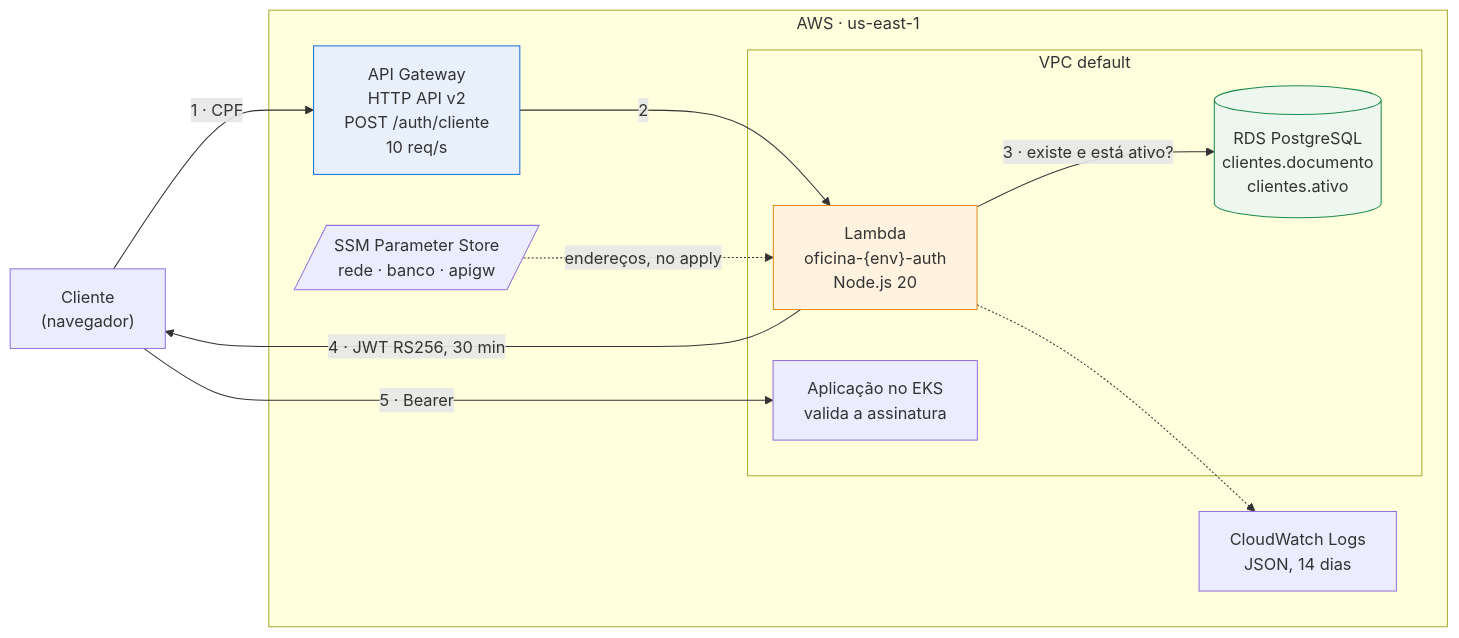
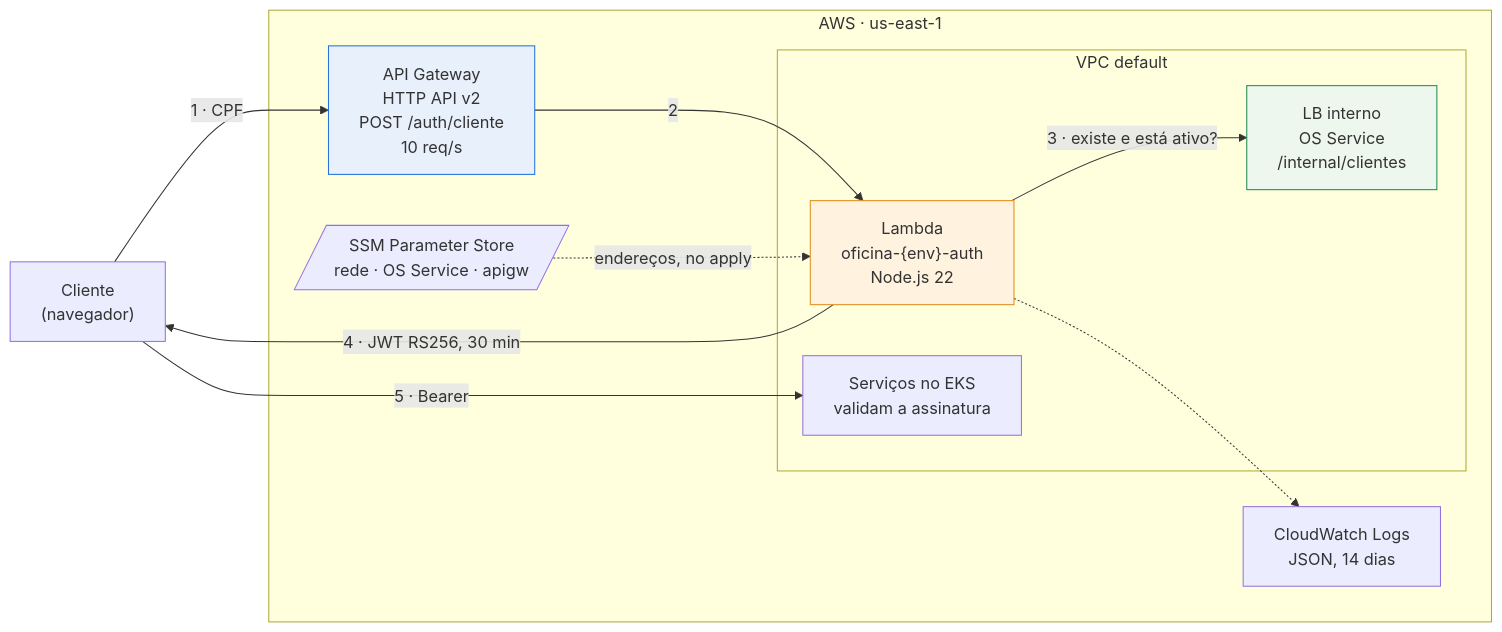
Before and after one commit to GustavoKikey/oficina-auth-lambda: the diagram in README.md, drawn with Mermaid. The commit also changed other lines of this file and 10 other files, not shown here.

First line of the commit message:
feat: Lambda consulta o cliente no OS Service, não no banco (fase 4)

````diff
--- a/README.md
+++ b/README.md
@@ -17,30 +19,30 @@
 ```mermaid
 flowchart LR
     cliente["Cliente<br/>(navegador)"]
 
     subgraph aws["AWS · us-east-1"]
         gw["API Gateway<br/>HTTP API v2<br/>POST /auth/cliente<br/>10 req/s"]
 
         subgraph vpc["VPC default"]
-            fn["Lambda<br/>oficina-{env}-auth<br/>Node.js 20"]
-            db[("RDS PostgreSQL<br/>clientes.documento<br/>clientes.ativo")]
-            app["Aplicação no EKS<br/>valida a assinatura"]
+            fn["Lambda<br/>oficina-{env}-auth<br/>Node.js 22"]
+            lbi["LB interno<br/>OS Service<br/>/internal/clientes"]
+            app["Serviços no EKS<br/>validam a assinatura"]
         end
 
-        ssm[/"SSM Parameter Store<br/>rede · banco · apigw"/]
+        ssm[/"SSM Parameter Store<br/>rede · OS Service · apigw"/]
         logs["CloudWatch Logs<br/>JSON, 14 dias"]
     end
 
     cliente -->|"1 · CPF"| gw
     gw -->|2| fn
-    fn -->|"3 · existe e está ativo?"| db
+    fn -->|"3 · existe e está ativo?"| lbi
     fn -->|"4 · JWT RS256, 30 min"| cliente
     cliente -->|"5 · Bearer"| app
 
     ssm -.->|"endereços, no apply"| fn
     fn -.-> logs
 
     style fn fill:#fff3e0,stroke:#e08c1a
     style gw fill:#e8f0fc,stroke:#1e6fd9
-    style db fill:#eef7ee,stroke:#1d8a4e
+    style lbi fill:#eef7ee,stroke:#1d8a4e
 ```
````
